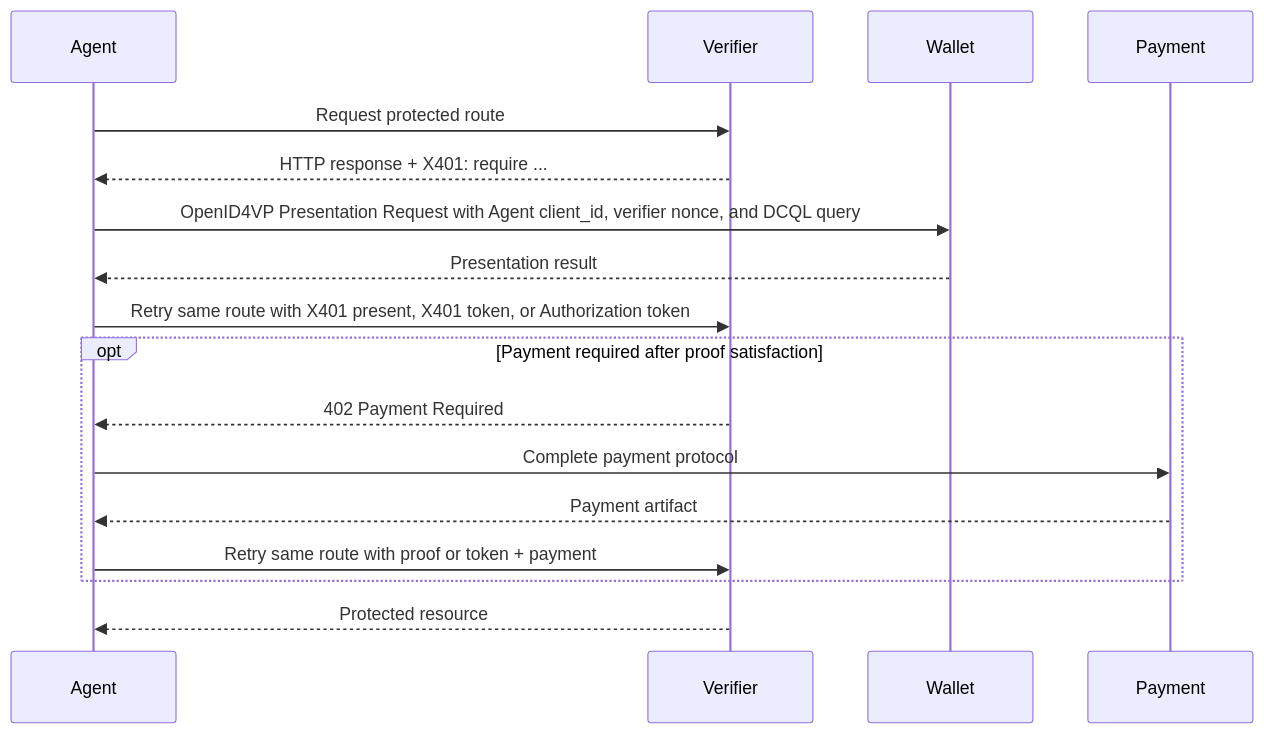
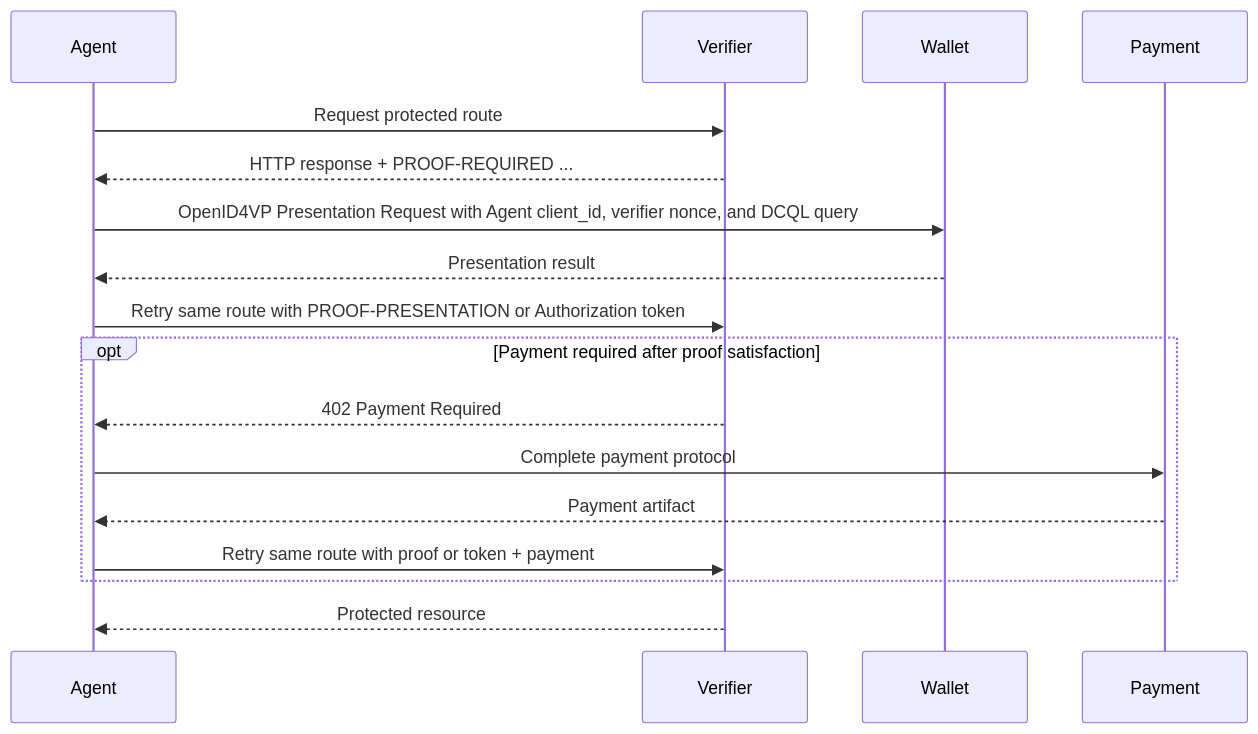
The first of 2 diagrams in spec.md (proof/x401), drawn with Mermaid before and after one commit. The commit also changed other lines of this file and 12 other files, not shown here.

````diff
--- a/spec.md
+++ b/spec.md
@@ -224,19 +226,19 @@
 ```mermaid
 sequenceDiagram
     participant Agent
     participant Verifier
     participant Wallet
     participant Payment
     Agent->>Verifier: Request protected route
-    Verifier-->>Agent: HTTP response + X401: require ...
+    Verifier-->>Agent: HTTP response + PROOF-REQUIRED ...
     Agent->>Wallet: OpenID4VP Presentation Request with Agent client_id, verifier nonce, and DCQL query
     Wallet-->>Agent: Presentation result
-    Agent->>Verifier: Retry same route with X401 present, X401 token, or Authorization token
+    Agent->>Verifier: Retry same route with PROOF-PRESENTATION or Authorization token
     opt Payment required after proof satisfaction
         Verifier-->>Agent: 402 Payment Required
         Agent->>Payment: Complete payment protocol
         Payment-->>Agent: Payment artifact
         Agent->>Verifier: Retry same route with proof or token + payment
     end
     Verifier-->>Agent: Protected resource
 ```
````
